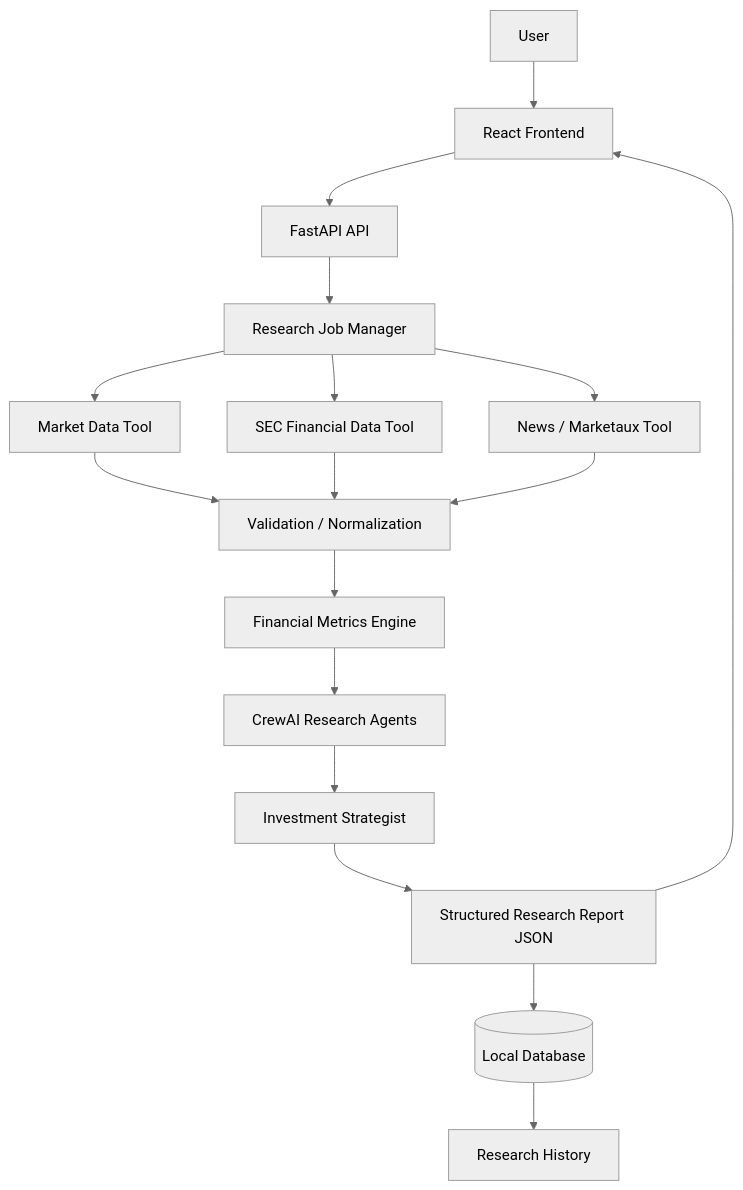
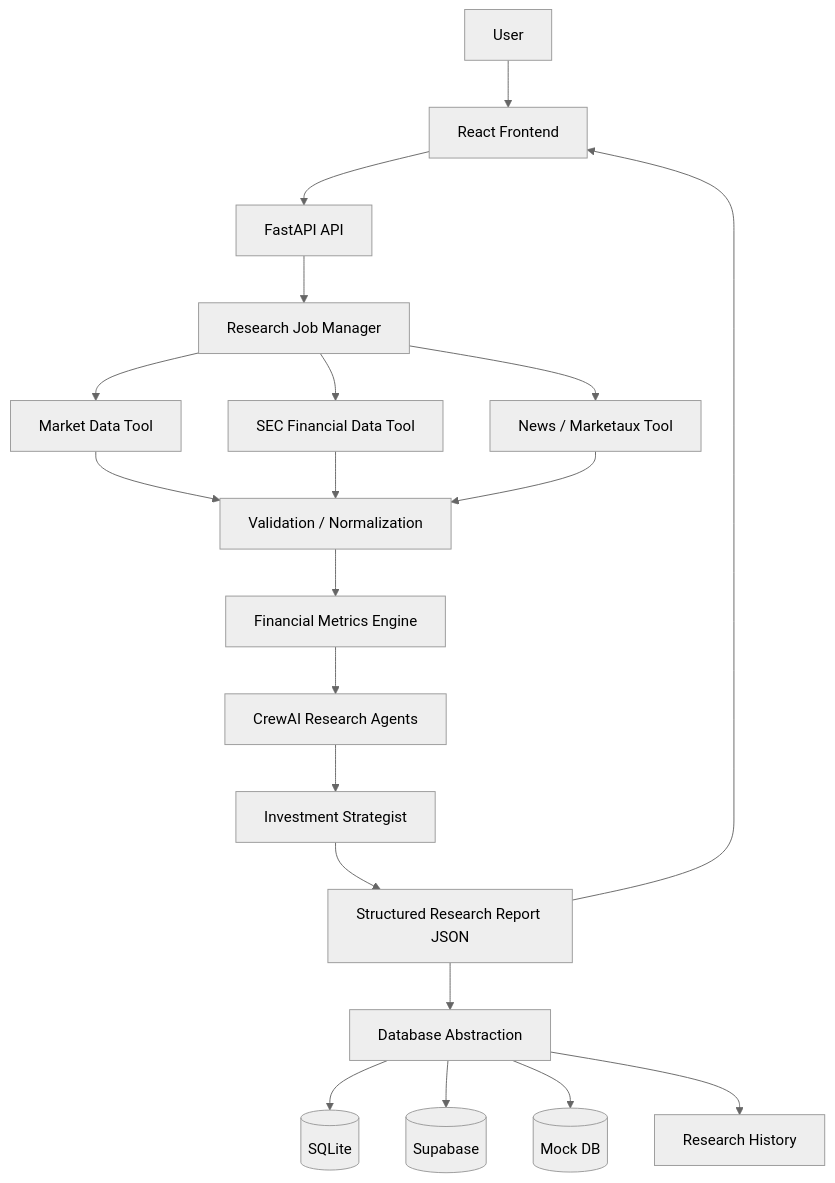
The diagram in README.md (vyashemant/CrewAI-AiAgent), drawn with Mermaid (neutral theme) before and after one commit. The commit also changed other lines of this file and 15 other files, not shown here.

````diff
--- a/README.md
+++ b/README.md
@@ -96,33 +96,37 @@
 ```mermaid
 flowchart TD
 
     USER[User]
 
     USER --> FRONTEND[React Frontend]
 
     FRONTEND --> API[FastAPI API]
 
     API --> JOB[Research Job Manager]
 
     JOB --> MARKET[Market Data Tool]
     JOB --> SEC[SEC Financial Data Tool]
     JOB --> NEWS[News / Marketaux Tool]
 
     MARKET --> VALIDATION[Validation / Normalization]
     SEC --> VALIDATION
     NEWS --> VALIDATION
 
     VALIDATION --> METRICS[Financial Metrics Engine]
 
     METRICS --> AGENTS[CrewAI Research Agents]
 
     AGENTS --> STRATEGY[Investment Strategist]
 
     STRATEGY --> REPORT[Structured Research Report JSON]
 
-    REPORT --> PERSISTENCE[(Local Database)]
+    REPORT --> DB[Database Abstraction]
+    
+    DB --> SQLITE[(SQLite)]
+    DB --> SUPABASE[(Supabase)]
+    DB --> MOCK[(Mock DB)]
 
-    PERSISTENCE --> HISTORY[Research History]
+    DB --> HISTORY[Research History]
 
     REPORT --> FRONTEND
 ```
````
